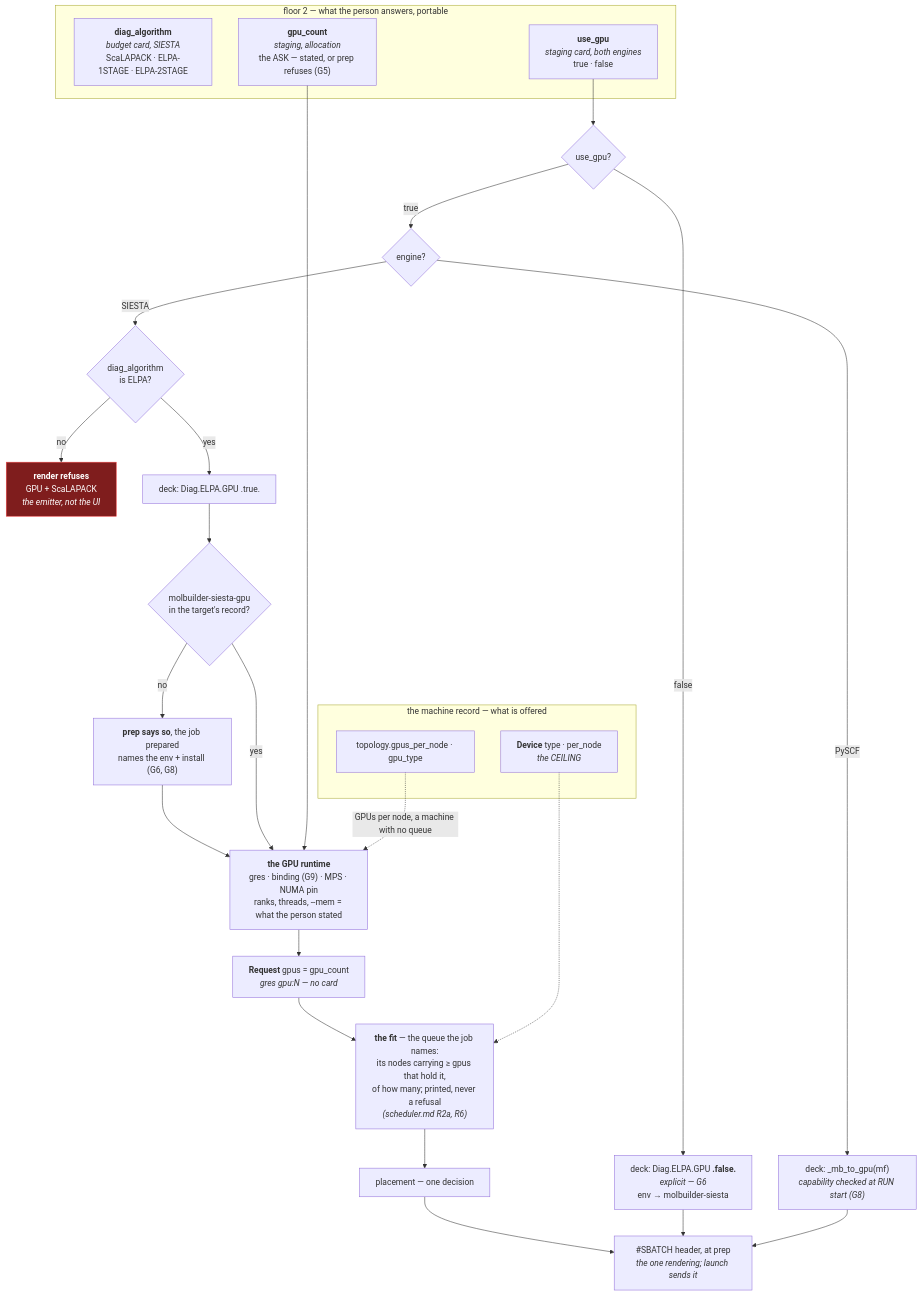
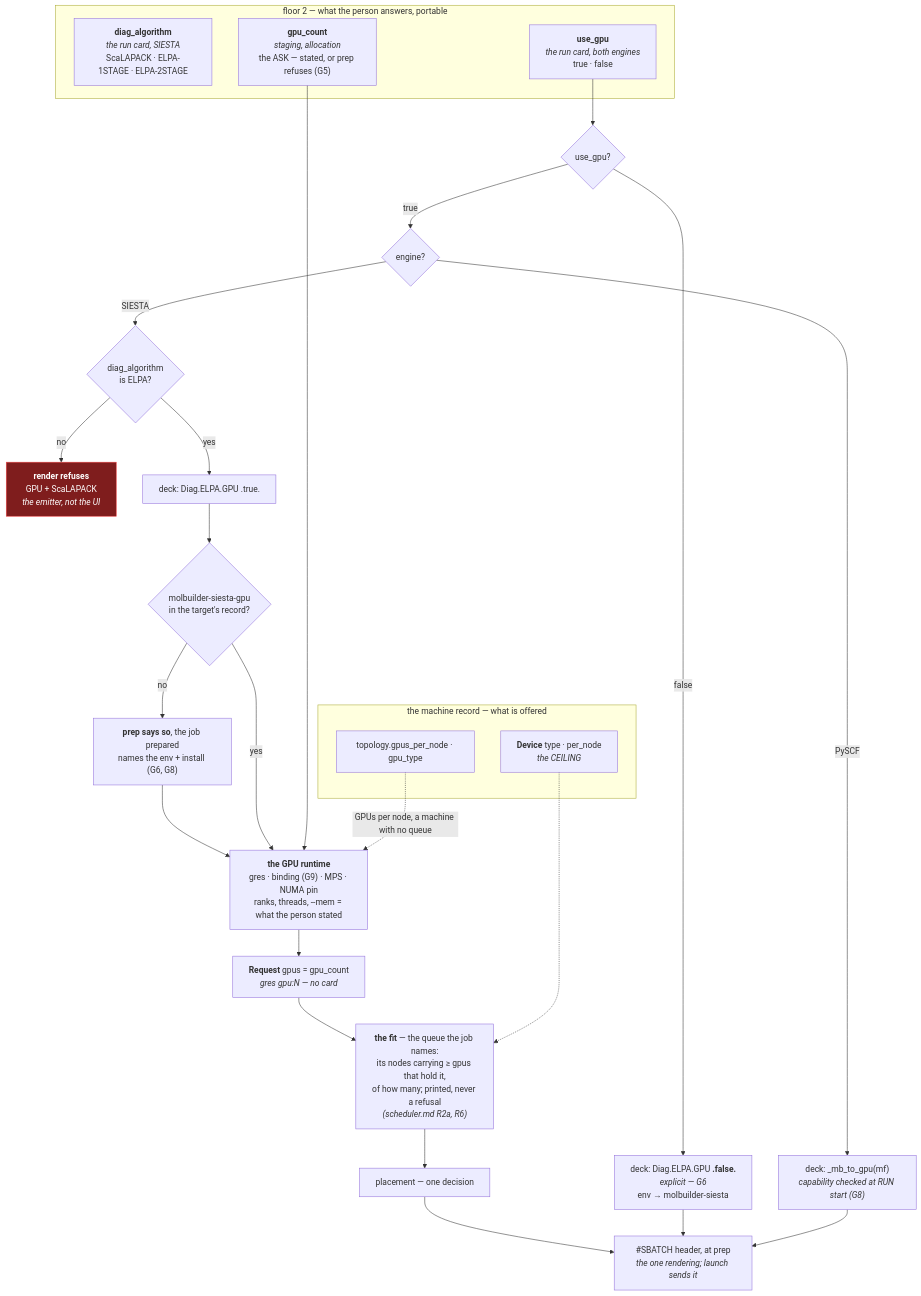
Before and after one commit to Qing-LAB/molbuilder: the diagram in docs/execution/gpu.md, drawn with Mermaid. The commit also changed other lines of this file and 196 other files, not shown here.

````diff
--- a/docs/execution/gpu.md
+++ b/docs/execution/gpu.md
@@ -207,42 +207,42 @@
 ```mermaid
 flowchart TB
     subgraph ASK["floor 2 — what the person answers, portable"]
-        SOLVER["<b>diag_algorithm</b><br/><i>budget card, SIESTA</i><br/>ScaLAPACK · ELPA-1STAGE · ELPA-2STAGE"]
-        WANT["<b>use_gpu</b><br/><i>staging card, both engines</i><br/>true · false"]
+        SOLVER["<b>diag_algorithm</b><br/><i>the run card, SIESTA</i><br/>ScaLAPACK · ELPA-1STAGE · ELPA-2STAGE"]
+        WANT["<b>use_gpu</b><br/><i>the run card, both engines</i><br/>true · false"]
         COUNT["<b>gpu_count</b><br/><i>staging, allocation</i><br/>the ASK — stated, or prep refuses (G5)"]
     end
 
     subgraph MACH["the machine record — what is offered"]
         DEV["<b>Device</b> type · per_node<br/><i>the CEILING</i>"]
         TOPO["topology.gpus_per_node · gpu_type"]
     end
 
     WANT --> Q1{"use_gpu?"}
     Q1 -->|false| CPU["deck: Diag.ELPA.GPU <b>.false.</b><br/><i>explicit — G6</i><br/>env → molbuilder-siesta"]
     Q1 -->|true| Q2{"engine?"}
 
     Q2 -->|SIESTA| Q3{"diag_algorithm<br/>is ELPA?"}
     Q3 -->|no| REFUSE1["<b>render refuses</b><br/>GPU + ScaLAPACK<br/><i>the emitter, not the UI</i>"]
     Q3 -->|yes| DECK["deck: Diag.ELPA.GPU .true."]
     Q2 -->|PySCF| PYDECK["deck: _mb_to_gpu(mf)<br/><i>capability checked at RUN start (G8)</i>"]
 
     DECK --> ENV{"molbuilder-siesta-gpu<br/>in the target's record?"}
     ENV -->|no| SAID2["<b>prep says so</b>, the job prepared<br/>names the env + install (G6, G8)"]
     SAID2 --> RT
     ENV -->|yes| RT["<b>the GPU runtime</b><br/>gres · binding (G9) · MPS · NUMA pin<br/>ranks, threads, --mem = what the person stated"]
 
     COUNT --> RT
     TOPO -.->|"GPUs per node, a machine with no queue"| RT
     RT --> REQ["<b>Request</b> gpus = gpu_count<br/><i>gres gpu:N — no card</i>"]
 
     REQ --> FIT["<b>the fit</b> — the queue the job names:<br/>its nodes carrying ≥ gpus that hold it,<br/>of how many; printed, never a refusal<br/><i>(scheduler.md R2a, R6)</i>"]
     DEV -.-> FIT
     FIT --> PLACE["placement — one decision"]
     PLACE --> OUT["#SBATCH header, at prep<br/><i>the one rendering; launch sends it</i>"]
 
     CPU --> OUT
     PYDECK --> OUT
 
     classDef refuse fill:#7f1d1d,stroke:#ef4444,color:#fff
     class REFUSE1 refuse
 ```
````
